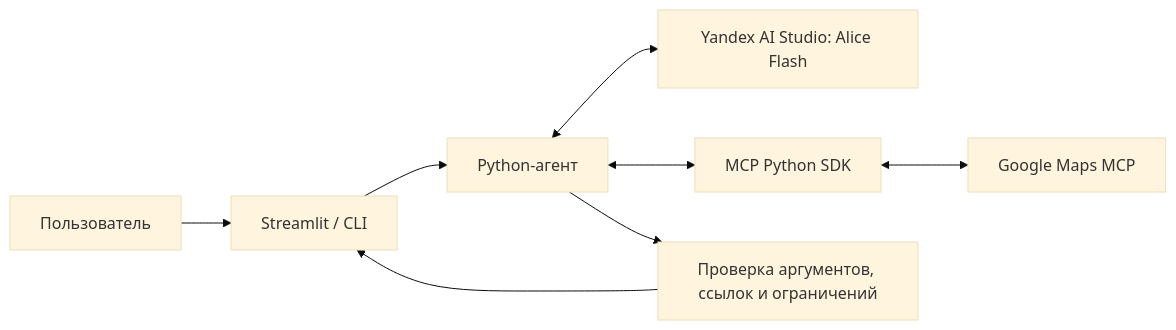
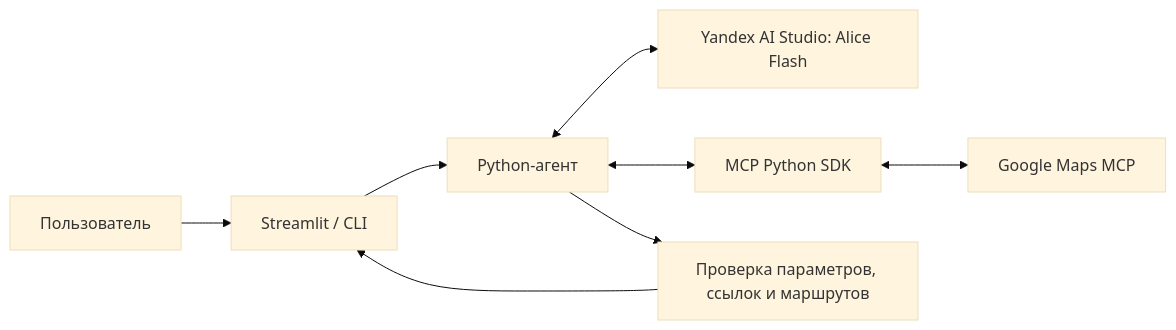
Before and after one commit to Batyaoftheyear/DayOut-AI-agent: the diagram in README.md, drawn with Mermaid (base theme). The commit also changed other lines of this file and 55 other files, not shown here.

````diff
--- a/README.md
+++ b/README.md
@@ -41,10 +37,10 @@
 ```mermaid
 flowchart LR
-    U[Пользователь] --> UI[Streamlit / CLI]
-    UI --> A[Python-агент]
+    U[Пользователь] --> W[Streamlit / CLI]
+    W --> A[Python-агент]
     A <--> L[Yandex AI Studio: Alice Flash]
     A <--> M[MCP Python SDK]
     M <--> G[Google Maps MCP]
-    A --> V[Проверка аргументов, ссылок и ограничений]
-    V --> UI
+    A --> V[Проверка параметров, ссылок и маршрутов]
+    V --> W
 ```
````
